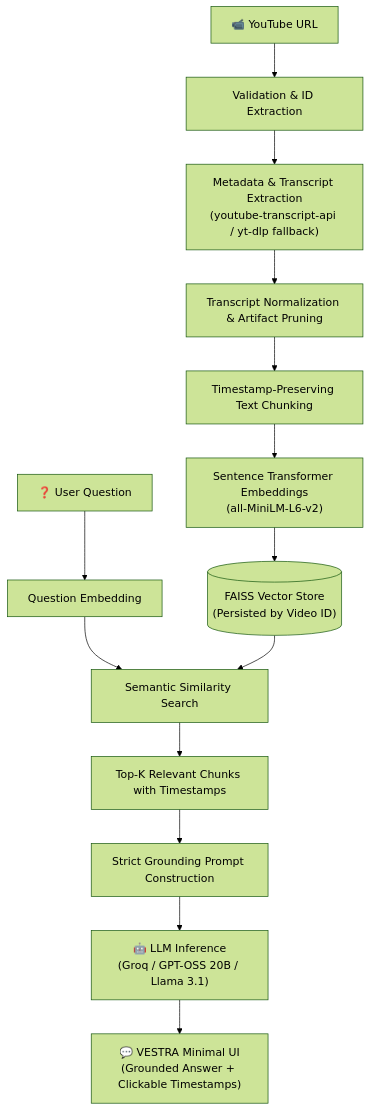
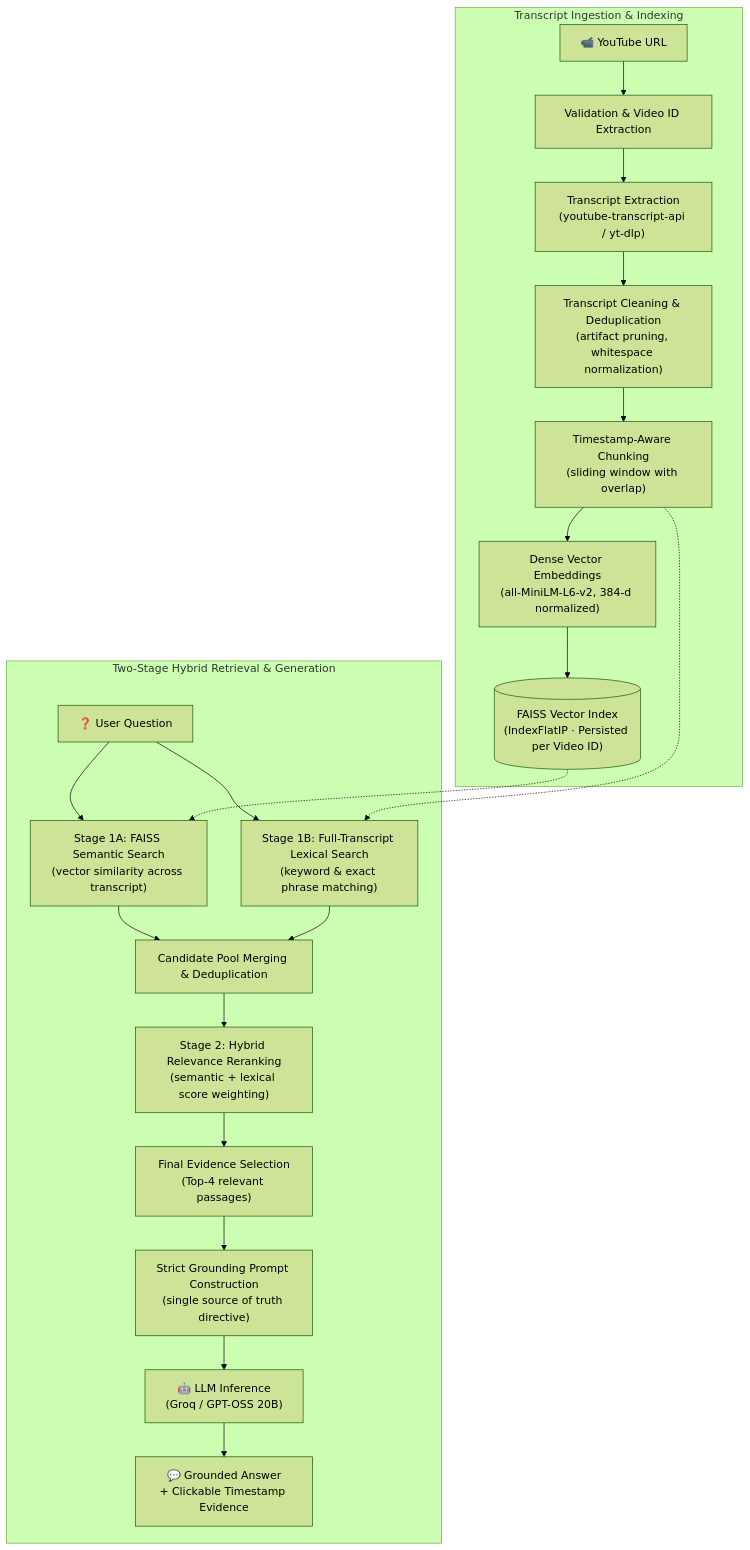
The diagram in README.md (Tushar15769/VESTRA), drawn with Mermaid (forest theme) before and after one commit. The commit also changed other lines of this file and 6 other files, not shown here.

````diff
--- a/README.md
+++ b/README.md
@@ -13,18 +28,27 @@
 ```mermaid
 flowchart TD
-    URL["📹 YouTube URL"] --> Val["Validation & ID Extraction"]
-    Val --> DL["Metadata & Transcript Extraction\n(youtube-transcript-api / yt-dlp fallback)"]
-    DL --> Clean["Transcript Normalization & Artifact Pruning"]
-    Clean --> Chunk["Timestamp-Preserving Text Chunking"]
-    Chunk --> Embed["Sentence Transformer Embeddings\n(all-MiniLM-L6-v2)"]
-    Embed --> FAISS[("FAISS Vector Store\n(Persisted by Video ID)")]
+    subgraph INGESTION["Transcript Ingestion & Indexing"]
+        URL["📹 YouTube URL"] --> VAL["Validation & Video ID Extraction"]
+        VAL --> EXTRACT["Transcript Extraction\n(youtube-transcript-api / yt-dlp)"]
+        EXTRACT --> CLEAN["Transcript Cleaning & Deduplication\n(artifact pruning, whitespace normalization)"]
+        CLEAN --> CHUNK["Timestamp-Aware Chunking\n(sliding window with overlap)"]
+        CHUNK --> EMBED["Dense Vector Embeddings\n(all-MiniLM-L6-v2, 384-d normalized)"]
+        EMBED --> FAISS[("FAISS Vector Index\n(IndexFlatIP · Persisted per Video ID)")]
+    end
 
-    Q["❓ User Question"] --> QEmbed["Question Embedding"]
-    QEmbed --> Search["Semantic Similarity Search"]
-    FAISS --> Search
-    Search --> TopK["Top-K Relevant Chunks with Timestamps"]
+    subgraph QUERY["Two-Stage Hybrid Retrieval & Generation"]
+        Q["❓ User Question"] --> SEM["Stage 1A: FAISS Semantic Search\n(vector similarity across transcript)"]
+        Q --> LEX["Stage 1B: Full-Transcript Lexical Search\n(keyword & exact phrase matching)"]
+        FAISS -.-> SEM
+        CHUNK -.-> LEX
 
-    TopK --> Prompt["Strict Grounding Prompt Construction"]
-    Prompt --> LLM["🤖 LLM Inference\n(Groq / GPT-OSS 20B / Llama 3.1)"]
-    LLM --> UI["💬 VESTRA Minimal UI\n(Grounded Answer + Clickable Timestamps)"]
+        SEM --> MERGE["Candidate Pool Merging & Deduplication"]
+        LEX --> MERGE
+        MERGE --> RERANK["Stage 2: Hybrid Relevance Reranking\n(semantic + lexical score weighting)"]
+        RERANK --> TOPK["Final Evidence Selection\n(Top-4 relevant passages)"]
+
+        TOPK --> PROMPT["Strict Grounding Prompt Construction\n(single source of truth directive)"]
+        PROMPT --> LLM["🤖 LLM Inference\n(Groq / GPT-OSS 20B)"]
+        LLM --> UI["💬 Grounded Answer\n+ Clickable Timestamp Evidence"]
+    end
 ```
````
